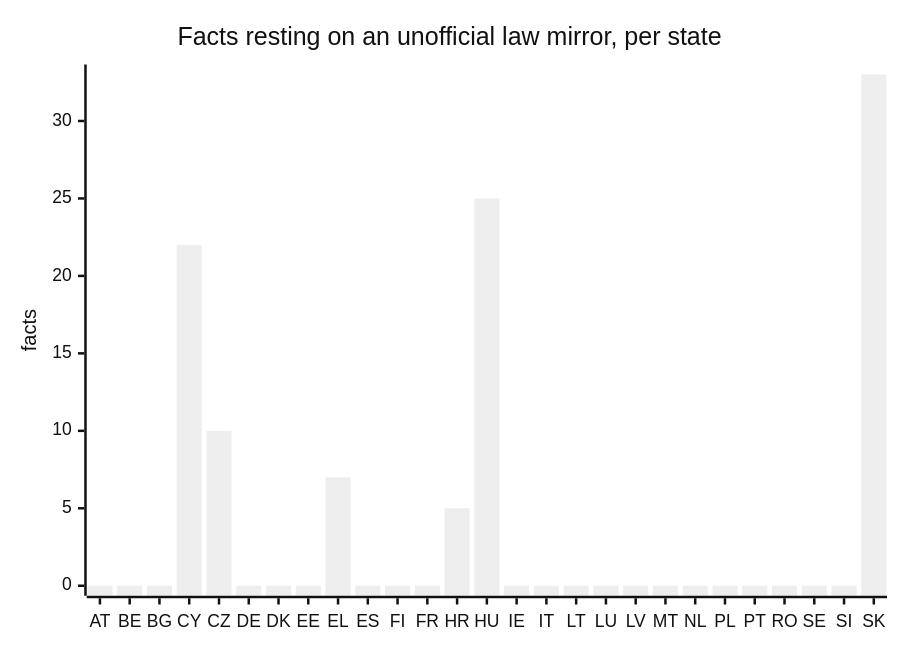
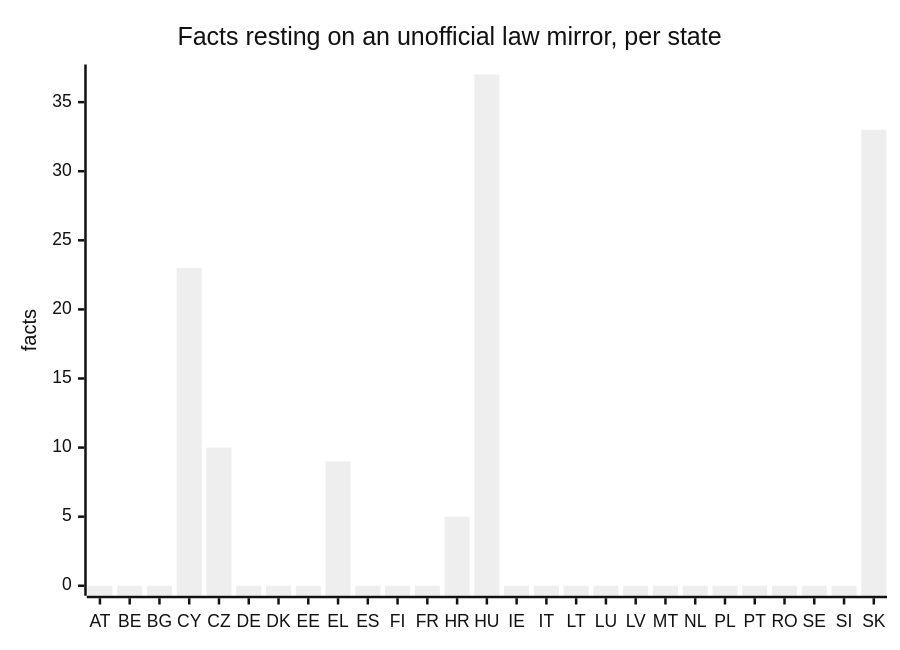
Before and after one commit to EU27-data-sovereignty/eu27-data-sovereignty: the third of 5 diagrams in docs/evidence.md, drawn with Mermaid (neutral theme). The commit also changed other lines of this file and 77 other files, not shown here.

````diff
--- a/docs/evidence.md
+++ b/docs/evidence.md
@@ -61,7 +61,7 @@
 ```mermaid
 xychart-beta
   title "Facts resting on an unofficial law mirror, per state"
   x-axis [AT, BE, BG, CY, CZ, DE, DK, EE, EL, ES, FI, FR, HR, HU, IE, IT, LT, LU, LV, MT, NL, PL, PT, RO, SE, SI, SK]
-  y-axis "facts" 0 --> 33
-  bar [0, 0, 0, 22, 10, 0, 0, 0, 7, 0, 0, 0, 5, 25, 0, 0, 0, 0, 0, 0, 0, 0, 0, 0, 0, 0, 33]
+  y-axis "facts" 0 --> 37
+  bar [0, 0, 0, 23, 10, 0, 0, 0, 9, 0, 0, 0, 5, 37, 0, 0, 0, 0, 0, 0, 0, 0, 0, 0, 0, 0, 33]
 ```
````
